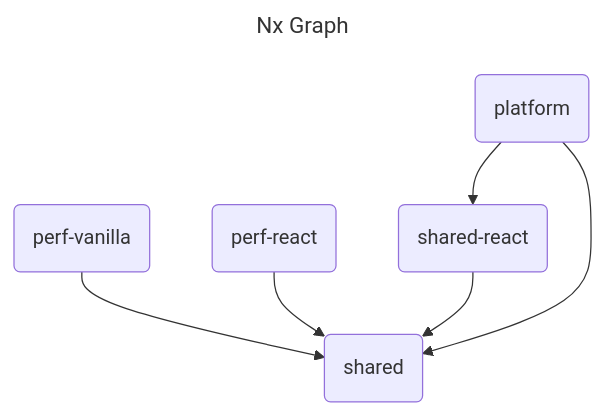
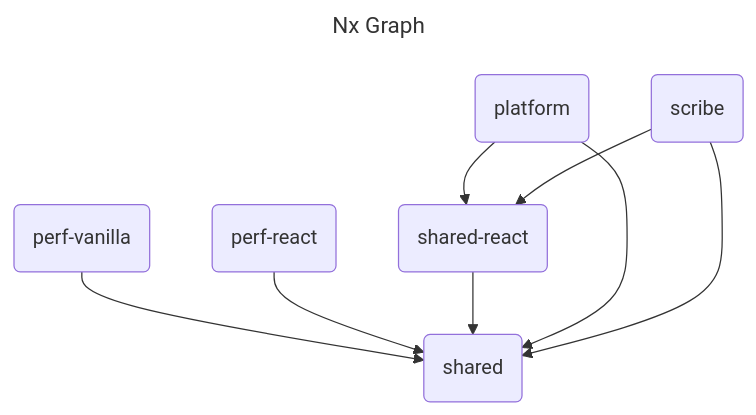
One commit to BiblioNexus-Foundation/scripture-editors changed the diagram in README.md. Above: the diagram before and after it, drawn with Mermaid. The commit also changed 2 other files, not shown here.

Commit message:
Scribe cleanup

````diff
--- a/README.md
+++ b/README.md
@@ -43,11 +43,13 @@
 ```mermaid
 ---
 title: Nx Graph
 ---
 graph TB
   V(perf-vanilla) --> S(shared)
   R(perf-react) --> S
   P(platform) --> SR
+  SB(scribe) --> SR
   SR(shared-react) --> S
   P --> S
+  SB --> S
 ```
````
